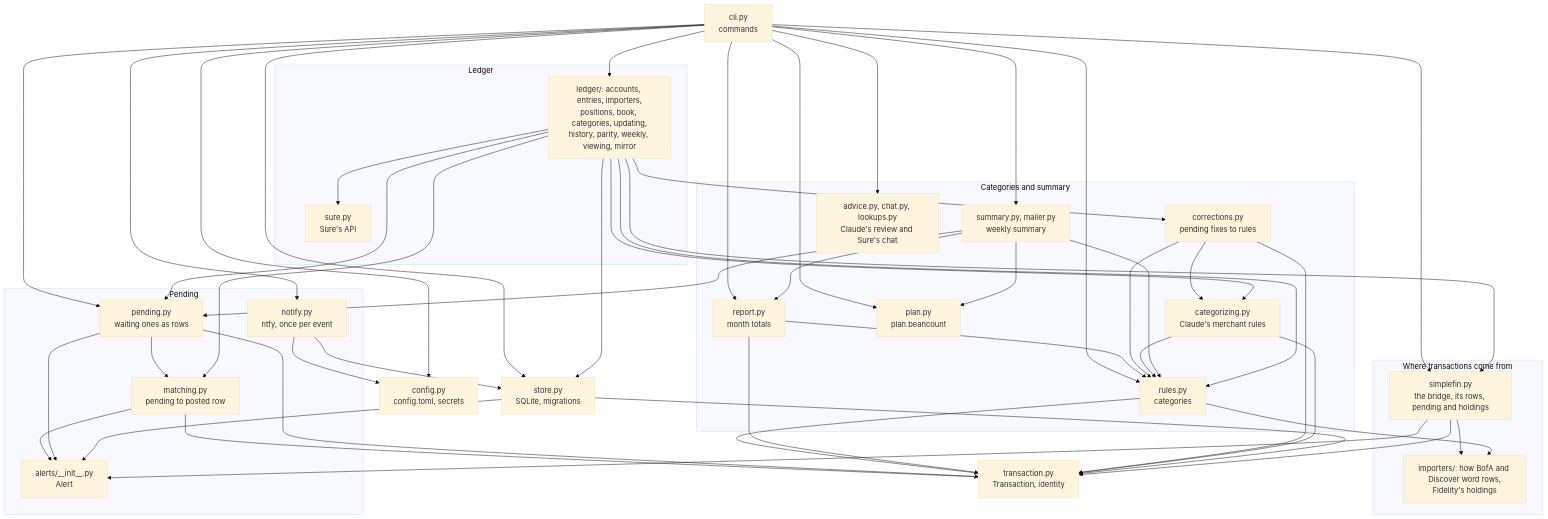
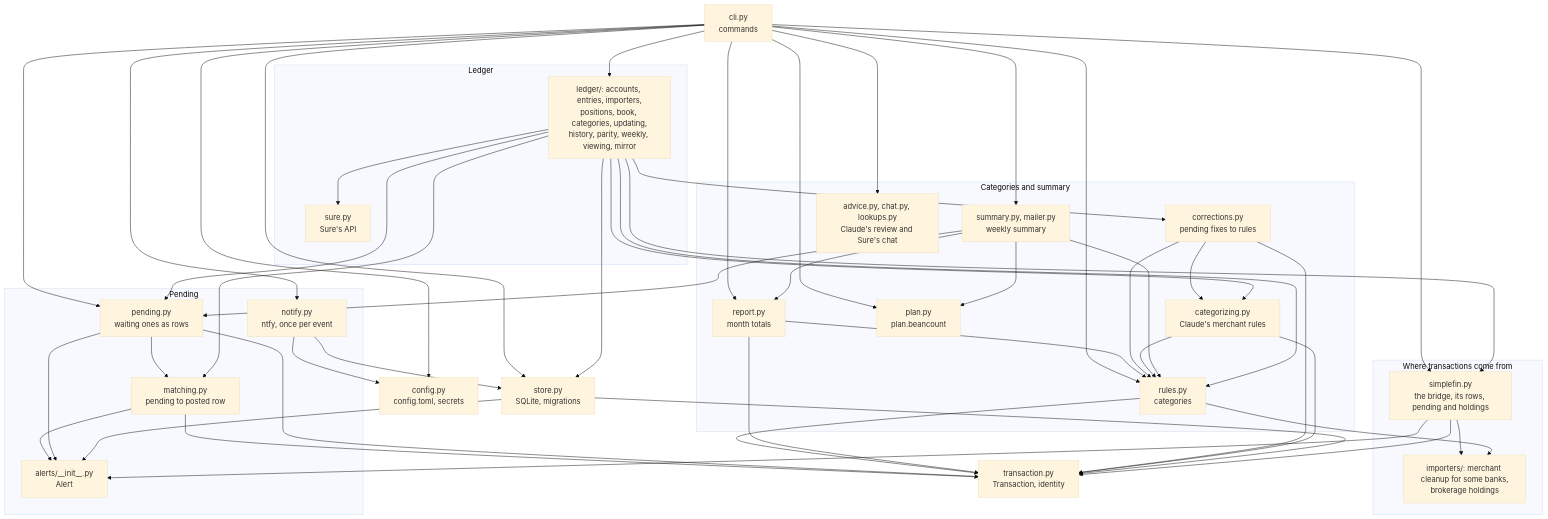
Before and after one commit to vmenon04/tally: the fourth of 6 diagrams in docs/architecture.md, drawn with Mermaid (base theme). The commit also changed other lines of this file and 15 other files, not shown here.

````diff
--- a/docs/architecture.md
+++ b/docs/architecture.md
@@ -119,52 +120,52 @@
 ```mermaid
 flowchart TD
     cli["cli.py<br/>commands"]
 
     subgraph sources["Where transactions come from"]
         simplefin["simplefin.py<br/>the bridge, its rows, pending and holdings"]
-        importers_pkg["importers/: how BofA and Discover word rows,<br/>Fidelity's holdings"]
+        importers_pkg["importers/: merchant cleanup for some banks,<br/>brokerage holdings"]
     end
 
     subgraph pendingpkg["Pending"]
         alerts_pkg["alerts/__init__.py<br/>Alert"]
         matching["matching.py<br/>pending to posted row"]
         pending["pending.py<br/>waiting ones as rows"]
         notify["notify.py<br/>ntfy, once per event"]
     end
 
     subgraph budgeting["Categories and summary"]
         rules["rules.py<br/>categories"]
         report["report.py<br/>month totals"]
         plan["plan.py<br/>plan.beancount"]
         corrections["corrections.py<br/>pending fixes to rules"]
         categorizing["categorizing.py<br/>Claude's merchant rules"]
         summary["summary.py, mailer.py<br/>weekly summary"]
         advice["advice.py, chat.py, lookups.py<br/>Claude's review and Sure's chat"]
     end
 
     subgraph ledgerpkg["Ledger"]
         ledger_mods["ledger/: accounts, entries, importers,<br/>positions, book, categories, updating,<br/>history, parity, weekly, viewing, mirror"]
         sure["sure.py<br/>Sure's API"]
     end
 
     store["store.py<br/>SQLite, migrations"]
     config["config.py<br/>config.toml, secrets"]
     transaction["transaction.py<br/>Transaction, identity"]
 
     cli --> simplefin & notify & config & store & pending
     cli --> rules & report & plan & summary & advice & ledger_mods
 
     simplefin --> importers_pkg & alerts_pkg & transaction
     notify --> config & store
     matching --> alerts_pkg & transaction
     pending --> matching & alerts_pkg & transaction
 
     rules --> importers_pkg & transaction
     report --> rules & transaction
     corrections --> categorizing & rules & transaction
     categorizing --> rules & transaction
     summary --> plan & report & pending & rules
     ledger_mods --> rules & corrections & categorizing & store & pending & matching & simplefin & sure
 
     store --> alerts_pkg & transaction
 ```
````
